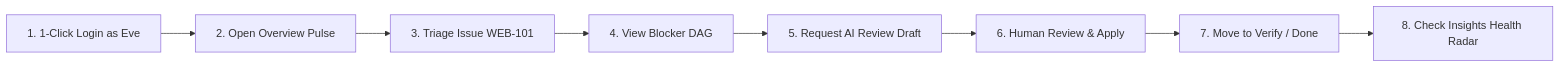
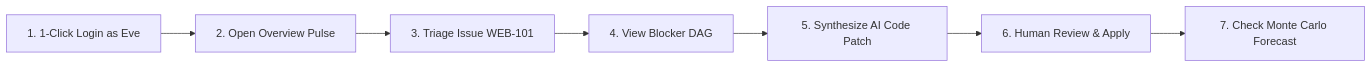
One commit to Simondavid07/bugforge changed the first of 2 diagrams in README.md. Above: the diagram before and after it, drawn with Mermaid. The commit also changed other lines of this file and 9 other files, not shown here.

Commit message:
feat: add AI Patch Studio, Monte Carlo release simulation, and live Performance Lab cockpit

````diff
--- a/README.md
+++ b/README.md
@@ -107,10 +107,9 @@
 ```mermaid
 flowchart LR
   A[1. 1-Click Login as Eve] --> B[2. Open Overview Pulse]
   B --> C[3. Triage Issue WEB-101]
   C --> D[4. View Blocker DAG]
-  D --> E[5. Request AI Review Draft]
+  D --> E[5. Synthesize AI Code Patch]
   E --> F[6. Human Review & Apply]
-  F --> G[7. Move to Verify / Done]
-  G --> H[8. Check Insights Health Radar]
+  F --> G[7. Check Monte Carlo Forecast]
 ```
````
